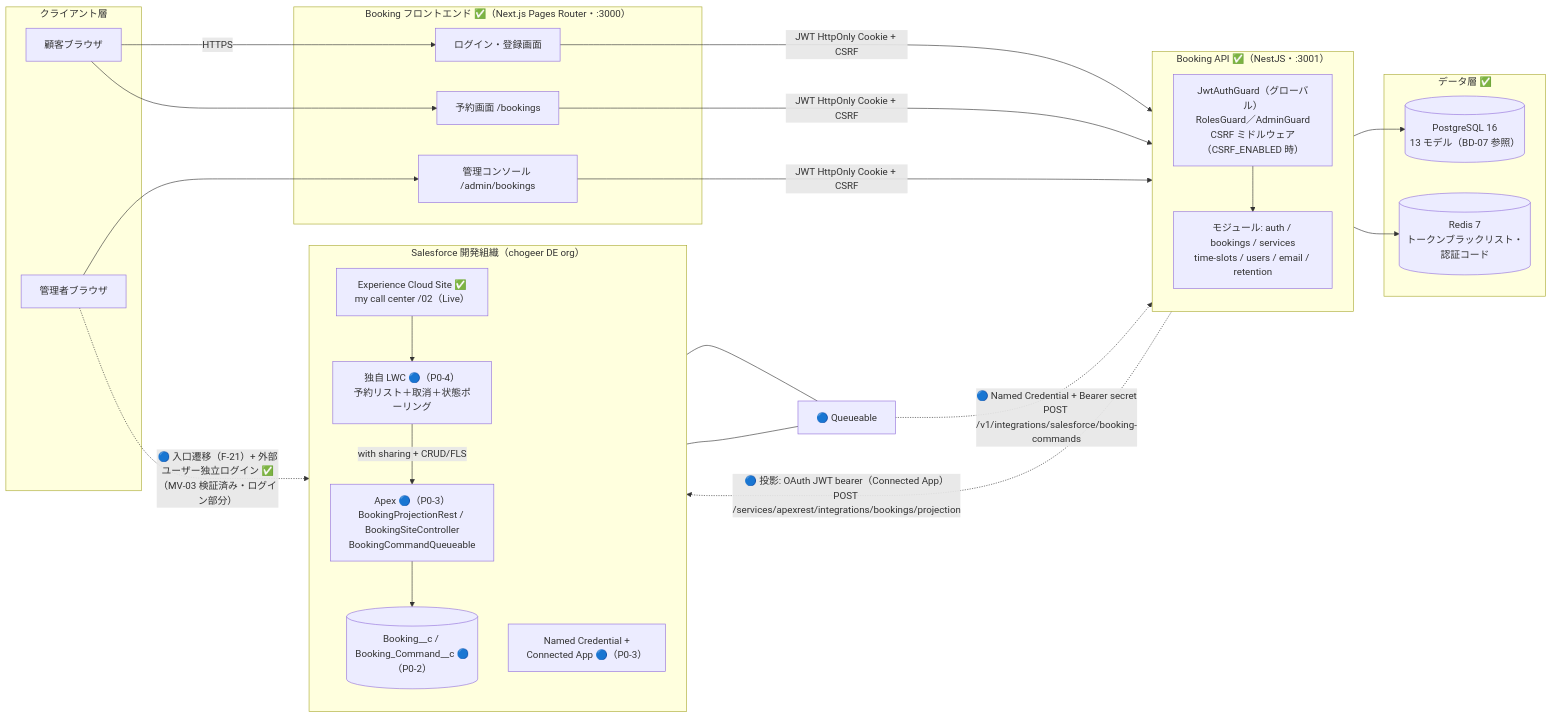
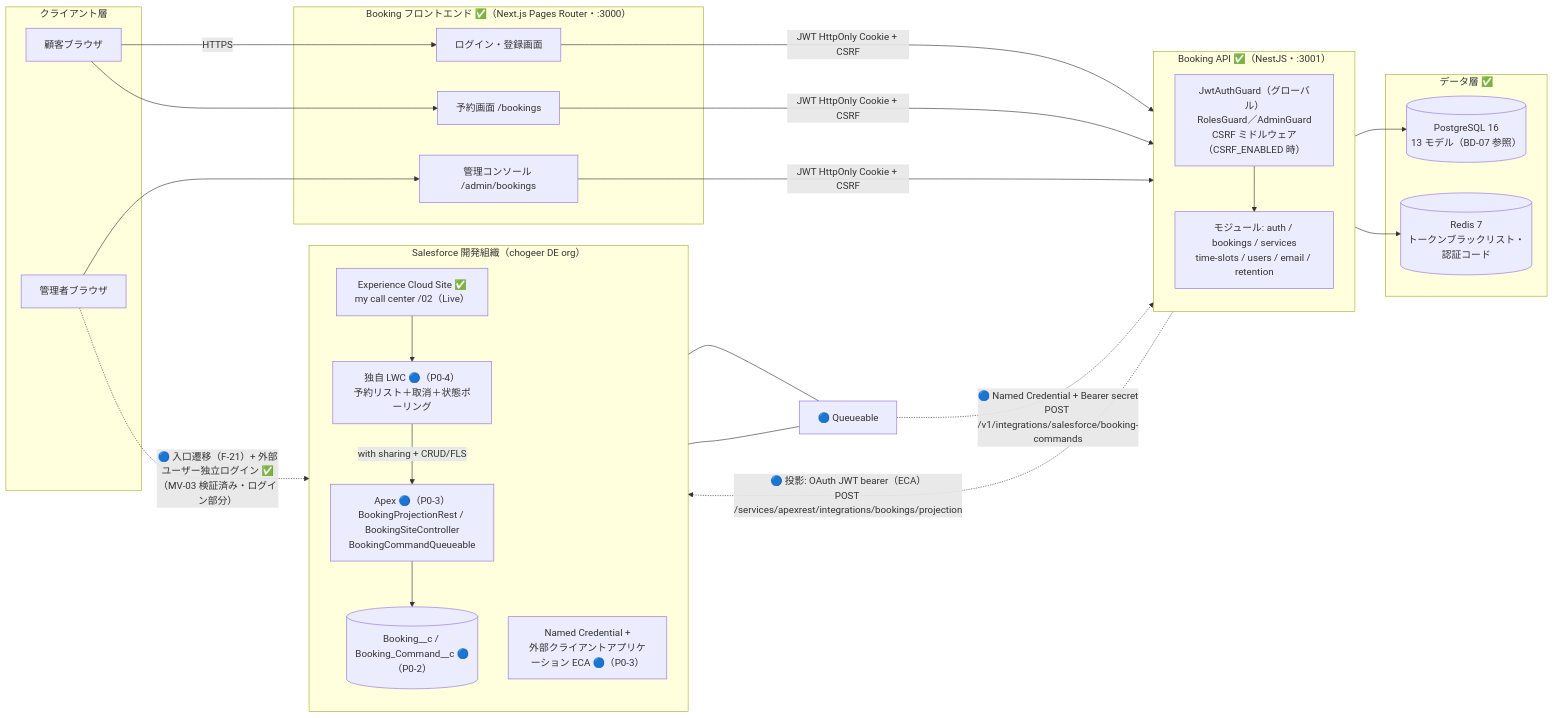
The diagram in docs/asset/basic-design/system-architecture.md (Cho-Geer/chogeer), drawn with Mermaid before and after one commit. The commit also changed other lines of this file and 13 other files, not shown here.

First line of the commit message:
docs: migrate Booking integration auth from Connected App to External Client App (ECA)

````diff
--- a/docs/asset/basic-design/system-architecture.md
+++ b/docs/asset/basic-design/system-architecture.md
@@ -21,50 +21,50 @@
 ```mermaid
 flowchart LR
     subgraph CL["クライアント層"]
         CU["顧客ブラウザ"]
         AU["管理者ブラウザ"]
     end
 
     subgraph BF["Booking フロントエンド ✅（Next.js Pages Router・:3000）"]
         LP["ログイン・登録画面"]
         BP["予約画面 /bookings"]
         AP["管理コンソール /admin/bookings"]
     end
 
     subgraph BA["Booking API ✅（NestJS・:3001）"]
         direction TB
         GUARD["JwtAuthGuard（グローバル）<br/>RolesGuard／AdminGuard<br/>CSRF ミドルウェア（CSRF_ENABLED 時）"]
         MOD["モジュール: auth / bookings / services<br/>time-slots / users / email / retention"]
     end
 
     subgraph DATA["データ層 ✅"]
         PG[("PostgreSQL 16<br/>13 モデル（BD-07 参照）")]
         RD[("Redis 7<br/>トークンブラックリスト・認証コード")]
     end
 
     subgraph SF["Salesforce 開発組織（chogeer DE org）"]
         direction TB
         SITE["Experience Cloud Site ✅<br/>my call center /02（Live）"]
         LWC["独自 LWC 🔵（P0-4）<br/>予約リスト＋取消＋状態ポーリング"]
         APEX["Apex 🔵（P0-3）<br/>BookingProjectionRest / BookingSiteController<br/>BookingCommandQueueable"]
         OBJ[("Booking__c / Booking_Command__c 🔵（P0-2）")]
-        NC["Named Credential +<br/>Connected App 🔵（P0-3）"]
+        NC["Named Credential +<br/>外部クライアントアプリケーション ECA 🔵（P0-3）"]
     end
 
     CU -->|"HTTPS"| LP
     CU --> BP
     AU --> AP
     LP & BP & AP -->|"JWT HttpOnly Cookie + CSRF"| GUARD
     GUARD --> MOD
     MOD --> PG
     MOD --> RD
 
-    MOD -.->|"🔵 投影: OAuth JWT bearer（Connected App）<br/>POST /services/apexrest/integrations/bookings/projection"| APEX
+    MOD -.->|"🔵 投影: OAuth JWT bearer（ECA）<br/>POST /services/apexrest/integrations/bookings/projection"| APEX
     APEX --> OBJ
     LWC -->|"with sharing + CRUD/FLS"| APEX
     SITE --> LWC
     AU -.->|"🔵 入口遷移（F-21）+ 外部ユーザー独立ログイン ✅（MV-03 検証済み・ログイン部分）"| SITE
     SQ["🔵 Queueable"] -.->|"🔵 Named Credential + Bearer secret<br/>POST /v1/integrations/salesforce/booking-commands"| MOD
     APEX --- SQ
     SQ --- NC
 ```
````
